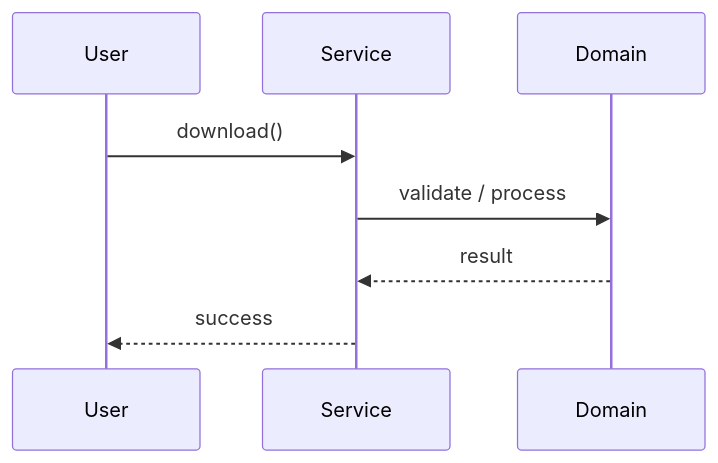
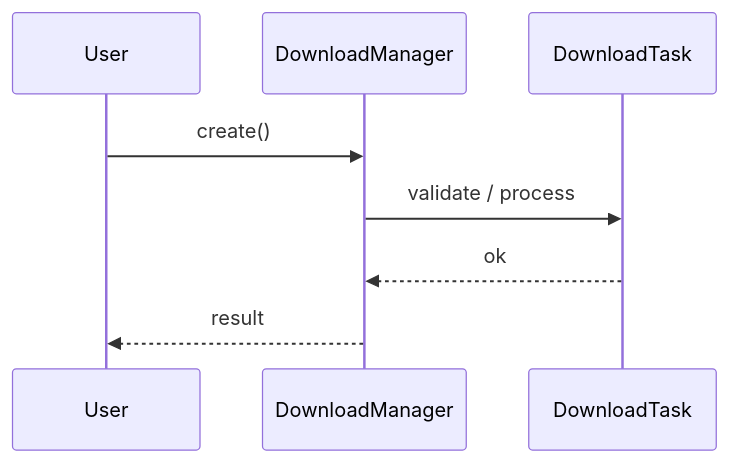
The second of 3 diagrams in Learn/System Design - Low Level Design/04-concurrency-lld/questions/Q12-download-manager.md (madhupaila/Interview-Prep-SSE), drawn with Mermaid before and after one commit. The commit also changed other lines of this file and 491 other files, not shown here.

````diff
--- a/Learn/System Design - Low Level Design/04-concurrency-lld/questions/Q12-download-manager.md
+++ b/Learn/System Design - Low Level Design/04-concurrency-lld/questions/Q12-download-manager.md
@@ -120,10 +148,10 @@
 ```mermaid
 sequenceDiagram
-    participant U as User
-    participant S as Service
-    participant D as Domain
-    U->>S: download()
-    S->>D: validate / process
-    D-->>S: result
-    S-->>U: success
+participant U as User
+participant S as DownloadManager
+participant D as DownloadTask
+U->>S: create()
+S->>D: validate / process
+D-->>S: ok
+S-->>U: result
 ```
````
